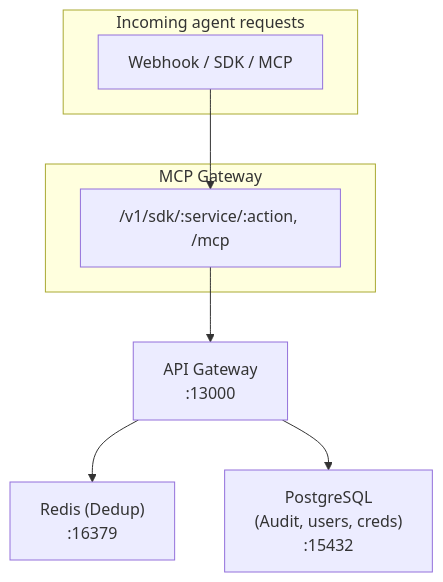
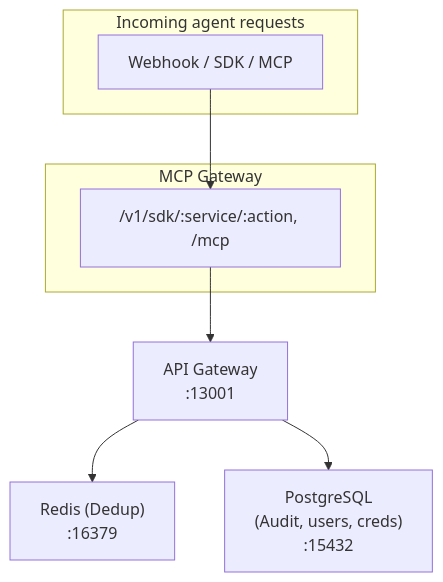
One commit to sumedhchatse/agentraas changed the second of 2 diagrams in README.md. Above: the diagram before and after it, drawn with Mermaid. The commit also changed other lines of this file and 76 other files, not shown here.

````diff
--- a/README.md
+++ b/README.md
@@ -175,13 +172,13 @@
 ```mermaid
 flowchart TB
     subgraph Incoming["Incoming agent requests"]
         WH["Webhook / SDK / MCP"]
     end
     subgraph GW["MCP Gateway"]
         MCPR["/v1/sdk/:service/:action, /mcp"]
     end
     WH --> MCPR
-    MCPR --> APIGW["API Gateway<br/>:13000"]
+    MCPR --> APIGW["API Gateway<br/>:13001"]
     APIGW --> Redis["Redis (Dedup)<br/>:16379"]
     APIGW --> PG["PostgreSQL<br/>(Audit, users, creds)<br/>:15432"]
 ```
````
